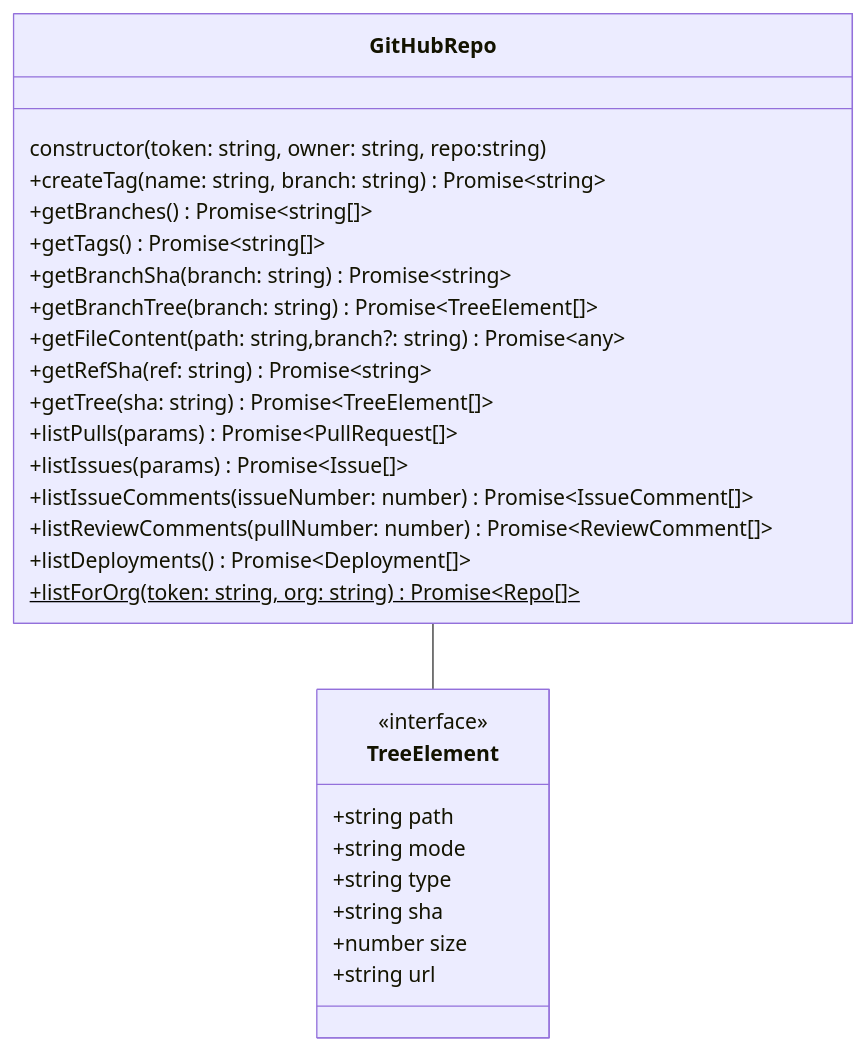
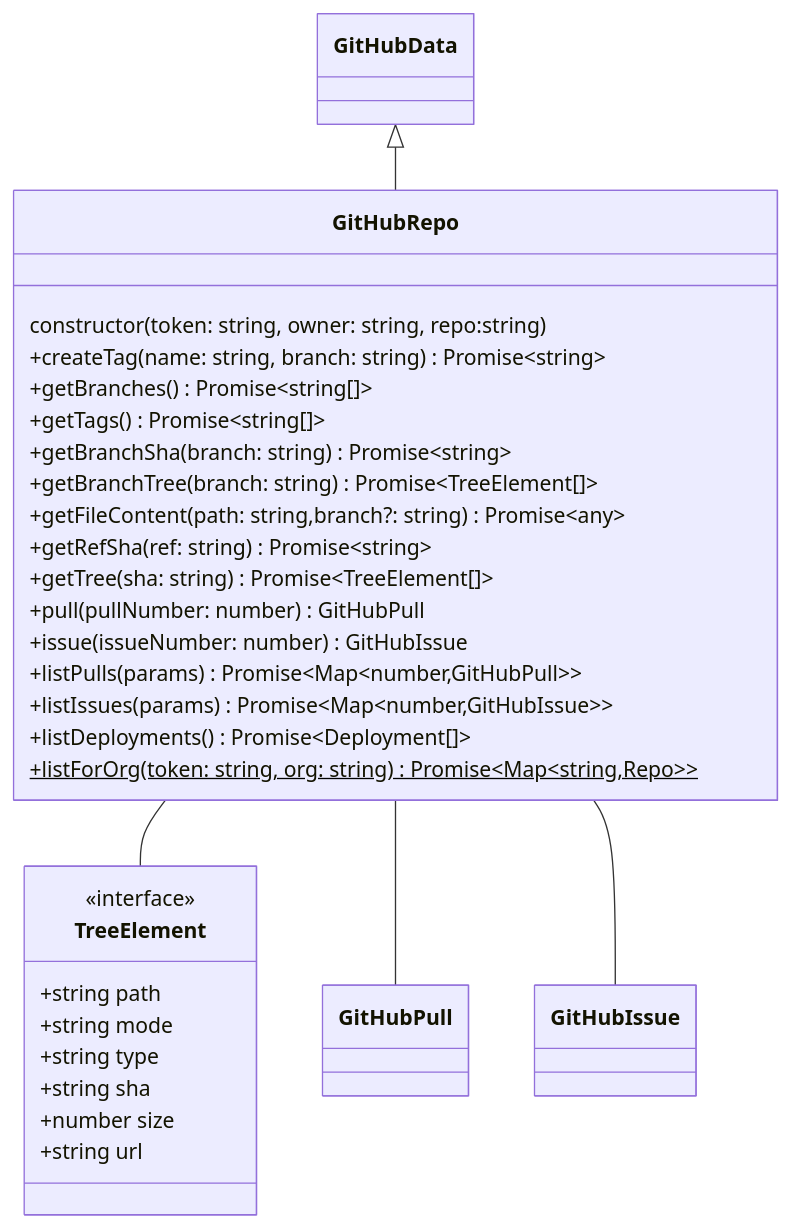
One commit to tomsdoo/github-repo changed the diagram in docs/md/GitHubRepo.md. Above: the diagram before and after it, drawn with Mermaid. The commit also changed other lines of this file and 43 other files, not shown here.

Commit message:
instance chaining with GitHubData class (#45)

````diff
--- a/docs/md/GitHubRepo.md
+++ b/docs/md/GitHubRepo.md
@@ -24,33 +24,41 @@
 ``` mermaid
 classDiagram
 
 class GitHubRepo {
   constructor(token: string, owner: string, repo:string)
   +createTag(name: string, branch: string) Promise~string~
   +getBranches() Promise~string[]~
   +getTags() Promise~string[]~
   +getBranchSha(branch: string) Promise~string~
   +getBranchTree(branch: string) Promise~TreeElement[]~
   +getFileContent(path: string,branch?: string) Promise~any~
   +getRefSha(ref: string) Promise~string~
   +getTree(sha: string) Promise~TreeElement[]~
-  +listPulls(params) Promise~PullRequest[]~
-  +listIssues(params) Promise~Issue[]~
-  +listIssueComments(issueNumber: number) Promise~IssueComment[]~
-  +listReviewComments(pullNumber: number) Promise~ReviewComment[]~
+  +pull(pullNumber: number) GitHubPull
+  +issue(issueNumber: number) GitHubIssue
+  +listPulls(params) Promise~Map~number#44;GitHubPull~~
+  +listIssues(params) Promise~Map~number#44;GitHubIssue~~
   +listDeployments() Promise~Deployment[]~
-  +listForOrg(token: string, org: string) Promise~Repo[]~$
+  +listForOrg(token: string, org: string) Promise~Map~string#44;Repo~~$
 }
 
 class TreeElement {
   <<interface>>
   +string path
   +string mode
   +string type
   +string sha
   +number size
   +string url
 }
 
 GitHubRepo -- TreeElement
+GitHubData <|-- GitHubRepo
+click GitHubData href "/#/?path=/md/GitHubData.md"
+
+GitHubRepo -- GitHubPull
+click GitHubPull href "/#/?path=/md/GitHubPull.md"
+
+GitHubRepo -- GitHubIssue
+click GitHubIssue href "/#/?path=/md/GitHubIssue.md"
 ```
````
